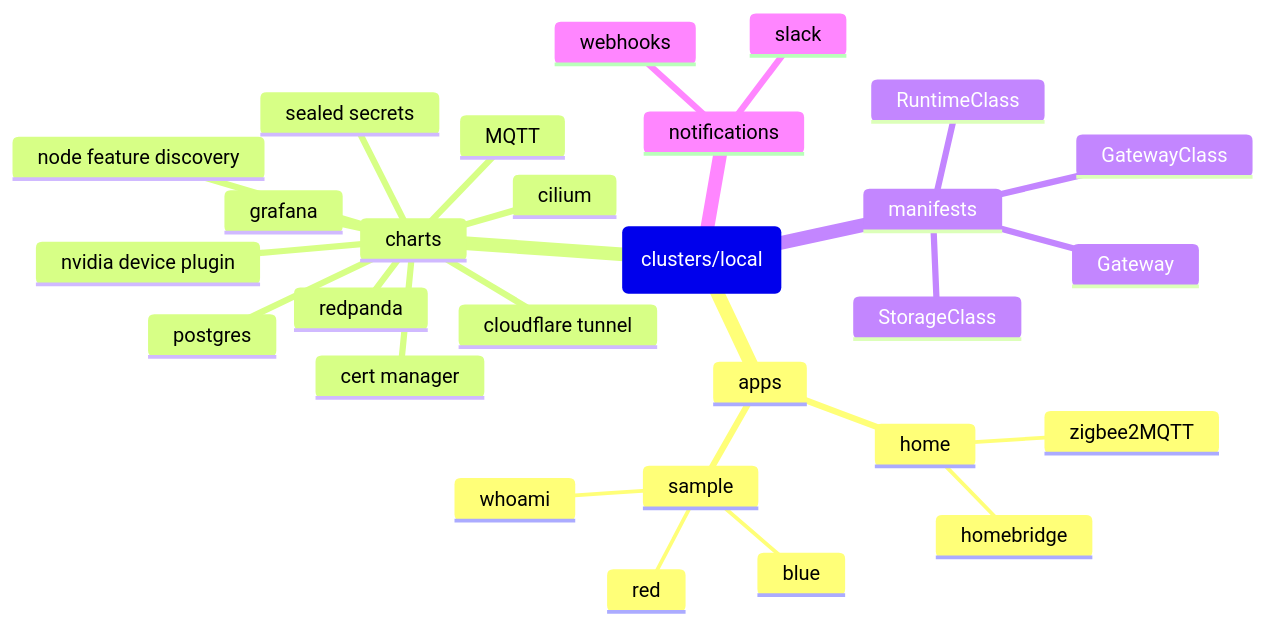
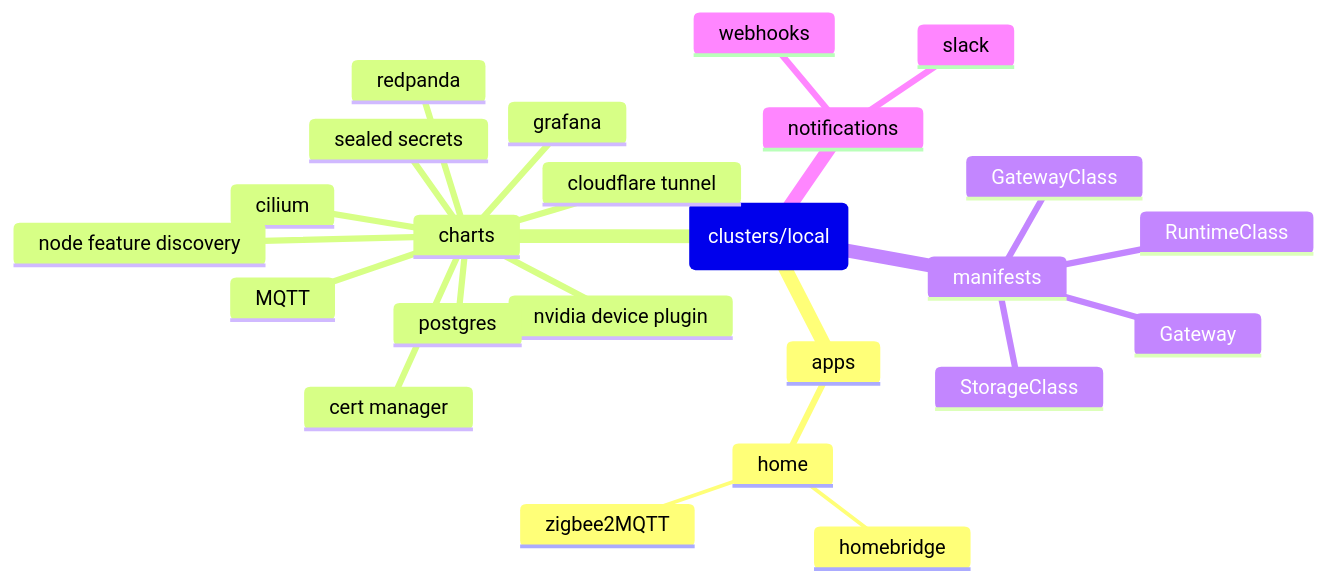
The diagram in README.md (dudo/turing-pi), drawn with Mermaid before and after one commit.

Commit message:
remove sample

````diff
--- a/README.md
+++ b/README.md
@@ -13,31 +13,27 @@
 ```mermaid
 mindmap
   root(clusters/local)
     apps
       home
         homebridge
         zigbee2MQTT
-      sample
-        red
-        blue
-        whoami
     charts
       cert manager
       cilium
       cloudflare tunnel
       grafana
       MQTT
       node feature discovery
       nvidia device plugin
       postgres
       redpanda
       sealed secrets
     manifests
       GatewayClass
       Gateway
       RuntimeClass
       StorageClass
     notifications
       slack
       webhooks
 ```
````
